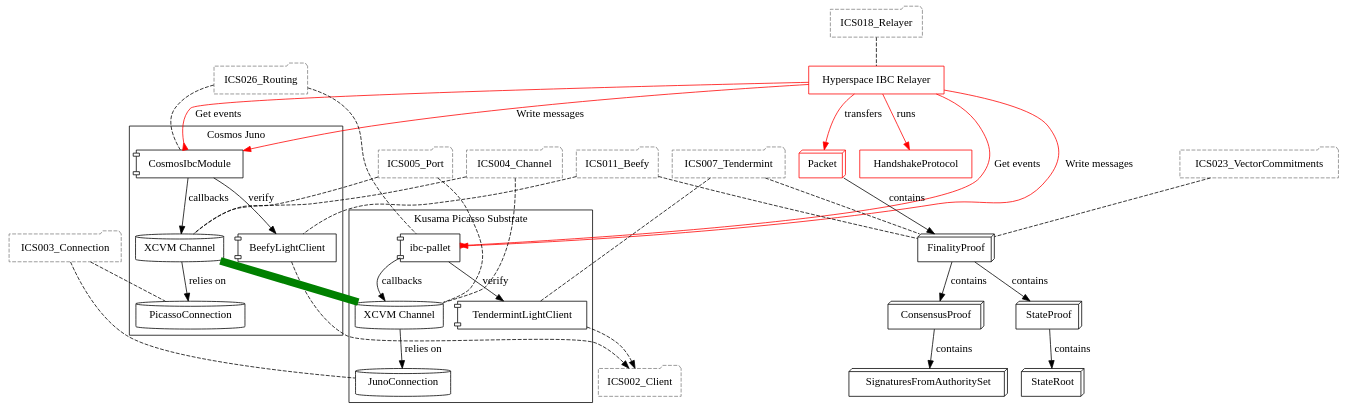
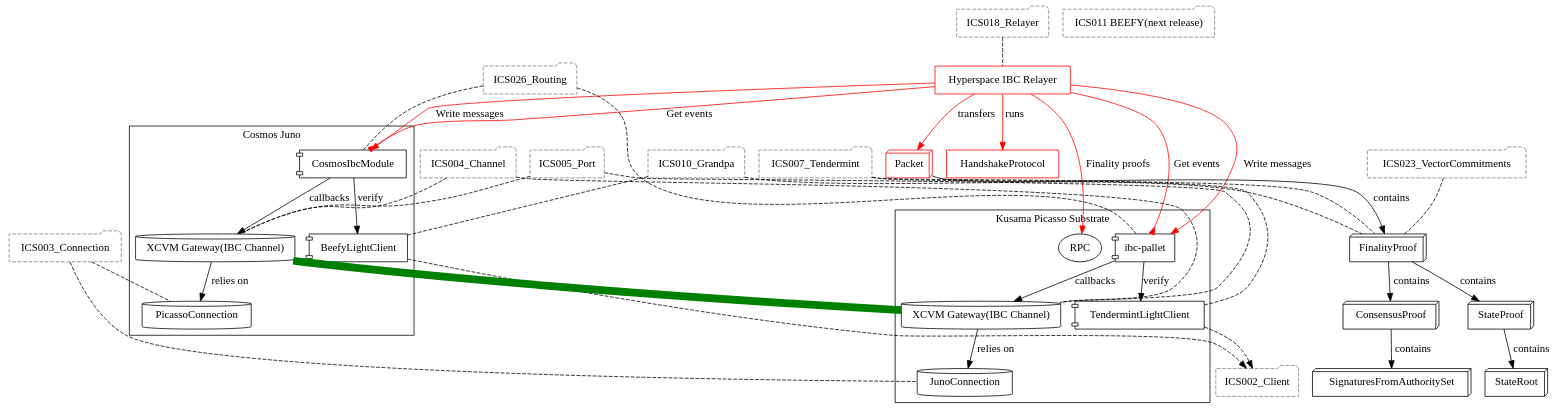
Before and after one commit to ComposableFi/composable: the diagram in code/xcvm/architecture/transports/ics.ibc.dot, drawn with Graphviz. The commit also changed 1 other file, not shown here.

Commit message:
ibc relay needs finalit proofs from parity relay; XCVM gateway is IBC connection

```diff
--- a/code/xcvm/architecture/transports/ics.ibc.dot
+++ b/code/xcvm/architecture/transports/ics.ibc.dot
@@ -1,87 +1,89 @@
 digraph ics_xcvm {
-    graph [fontname = "Handlee"];
-    node [fontname = "Handlee"];
-    edge [fontname = "Handlee"];
-
+    graph [fontname = "Handlee";];
+    node [fontname = "Handlee";];
+    edge [fontname = "Handlee";];
+    
     FinalityProof [shape = box3d;];
     ConsensusProof [shape = box3d;];
     StateProof [shape = box3d;];
     StateRoot [shape = box3d;];
     SignaturesFromAuthoritySet [shape = box3d;];
     
     FinalityProof -> ConsensusProof [label = "contains";];
     FinalityProof -> StateProof [label = "contains";];
     ConsensusProof -> SignaturesFromAuthoritySet [label = "contains";];
     StateProof -> StateRoot [label = "contains";];
     
     Relayer [shape = record;color = red;label = "Hyperspace IBC Relayer";];
     Packet [shape = box3d;color = red;];
     HandshakeProtocol [shape = record;color = red;];
     
     ICS002_Client [shape = folder;color = grey;style = dashed;];
     ICS007_Tendermint [shape = folder;color = grey;style = dashed;];
-    ICS011_Beefy [shape = folder;color = grey;style = dashed;];
+    ICS010_Grandpa [shape = folder;color = grey;style = dashed;];
+    ICS011_Beefy [shape = folder;color = grey;style = dashed;label = "ICS011 BEEFY(next release)";];
     ICS026_Routing [shape = folder;color = grey;style = dashed;];
     ICS003_Connection [shape = folder;color = grey;style = dashed;];
     ICS004_Channel [shape = folder;color = grey;style = dashed;];
     ICS005_Port [shape = folder;color = grey;style = dashed;];
     ICS018_Relayer [shape = folder;color = grey;style = dashed;];
     ICS023_VectorCommitments [shape = folder;color = grey;style = dashed;];
     
     subgraph cluster_picasso {
         label = "Kusama Picasso Substrate";
-        
+        RPC
         TendermintLightClient [shape = component;];
         SubstrateIbcPalletInPicasso [shape = component;label = "ibc-pallet";];
         JunoConnection [shape = cylinder;];
-        ChannelXcvmOnPicasso [label = "XCVM Channel";shape = cylinder;];
+        ChannelXcvmOnPicasso [label = "XCVM Gateway(IBC Channel)";shape = cylinder;];
         ChannelXcvmOnPicasso -> JunoConnection [label = "relies on";];
         SubstrateIbcPalletInPicasso -> TendermintLightClient [label = "verify";];
         SubstrateIbcPalletInPicasso -> ChannelXcvmOnPicasso [label = "callbacks";];
     }
     
     
     
     subgraph cluster_juno {
         label = "Cosmos Juno";
         
         BeefyLightClient [shape = component;];
         CosmosIbcModule [shape = component;];
         PicassoConnection [shape = cylinder;];
-        ChannelXcvmOnJuno [label = "XCVM Channel";shape = cylinder;];
+        ChannelXcvmOnJuno [label = "XCVM Gateway(IBC Channel)";shape = cylinder;];
         
         ChannelXcvmOnJuno -> PicassoConnection [label = "relies on";];
         CosmosIbcModule -> BeefyLightClient [label = "verify";];
         CosmosIbcModule -> ChannelXcvmOnJuno [label = "callbacks";];
     }
     
     ICS018_Relayer -> Relayer [style = dashed; arrowhead = none;];
     TendermintLightClient -> ICS002_Client [style = dashed;];
     BeefyLightClient -> ICS002_Client [style = dashed;];
     ICS007_Tendermint -> TendermintLightClient [style = dashed; arrowhead = none;];
-    ICS011_Beefy -> BeefyLightClient [style = dashed; arrowhead = none;];
+    ICS010_Grandpa -> BeefyLightClient [style = dashed; arrowhead = none;];
     ICS026_Routing -> SubstrateIbcPalletInPicasso [style = dashed; arrowhead = none;];
     ICS026_Routing -> CosmosIbcModule [style = dashed; arrowhead = none;];
     ICS003_Connection -> JunoConnection [style = dashed; arrowhead = none;];
     ICS003_Connection -> PicassoConnection [style = dashed; arrowhead = none;];
     ICS004_Channel -> ChannelXcvmOnJuno [style = dashed; arrowhead = none;];
     ICS004_Channel -> ChannelXcvmOnPicasso [style = dashed; arrowhead = none;];
     ICS005_Port -> ChannelXcvmOnPicasso [style = dashed; arrowhead = none;];
     ICS005_Port -> ChannelXcvmOnJuno [style = dashed; arrowhead = none;];
     ICS023_VectorCommitments -> FinalityProof [style = dashed; arrowhead = none;];
     
     
     Relayer -> SubstrateIbcPalletInPicasso [label = "Get events"; arrowhead = inv; color = red;];
     Relayer -> CosmosIbcModule [label = "Get events"; arrowhead = inv; color = red;];
     Relayer -> SubstrateIbcPalletInPicasso [label = "Write messages"; color = red;];
     Relayer -> CosmosIbcModule [label = "Write messages"; color = red;];
+    Relayer -> RPC [label = "Finality proofs"; color = red;];
     
     
     ChannelXcvmOnJuno -> ChannelXcvmOnPicasso [arrowhead = none; penwidth = 10; color = green;];
     
     Packet -> FinalityProof [label = "contains";];
     Relayer -> Packet [label = "transfers"; color = red;];
     Relayer -> HandshakeProtocol [label = "runs"; color = red;];
     ICS007_Tendermint -> FinalityProof [style = dashed; arrowhead = none;];
-    ICS011_Beefy -> FinalityProof [style = dashed; arrowhead = none;];
+    ICS010_Grandpa -> FinalityProof [style = dashed; arrowhead = none;];
 }
```
